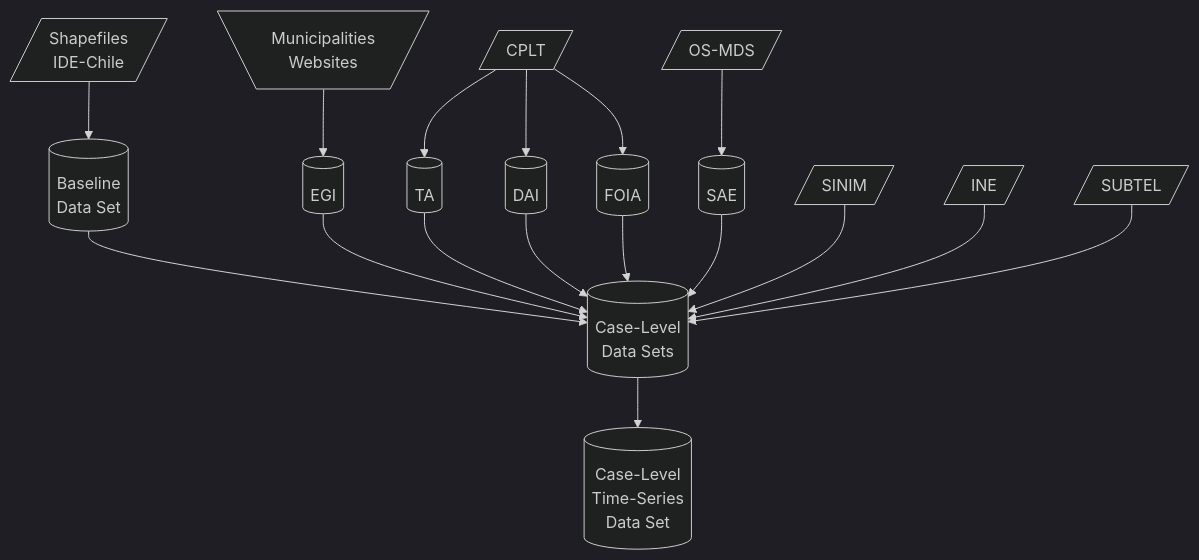
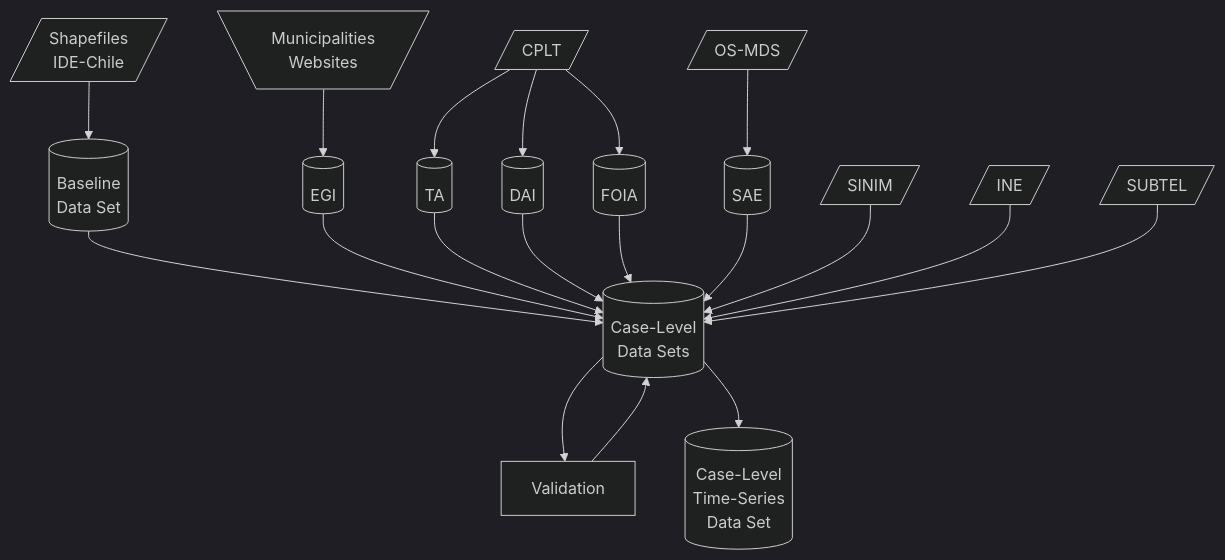
One commit to bgonzalezbustamante/local-gov-indicators changed the diagram in README.md. Above: the diagram before and after it, drawn with Mermaid (dark theme).

````diff
--- a/README.md
+++ b/README.md
@@ -14,19 +14,21 @@
 ```mermaid
   graph TD;
       A[/Shapefiles<br/>IDE-Chile/] --> B[(Baseline<br/>Data Set)];
       B --> C[(Case-Level<br/>Data Sets)];
       D[\Municipalities<br/>Websites/] --> E[(EGI)];
       E[(EGI)] --> C;
       F[/CPLT/] --> G[(TA)];
       F[/CPLT/] --> H[(DAI)];
       F[/CPLT/] --> I[(FOIA)];
       G --> C;
       H --> C;
       I --> C;
       J[/OS-MDS/] --> K[(SAE)];
       K --> C;
       L[/SINIM/] --> C;
       M[/INE/] --> C;
       N[/SUBTEL/] --> C;
+      C --> V[Validation];
+      V --> C;
       C --> Z[(Case-Level<br/>Time-Series<br/>Data Set)];
 ```
````
